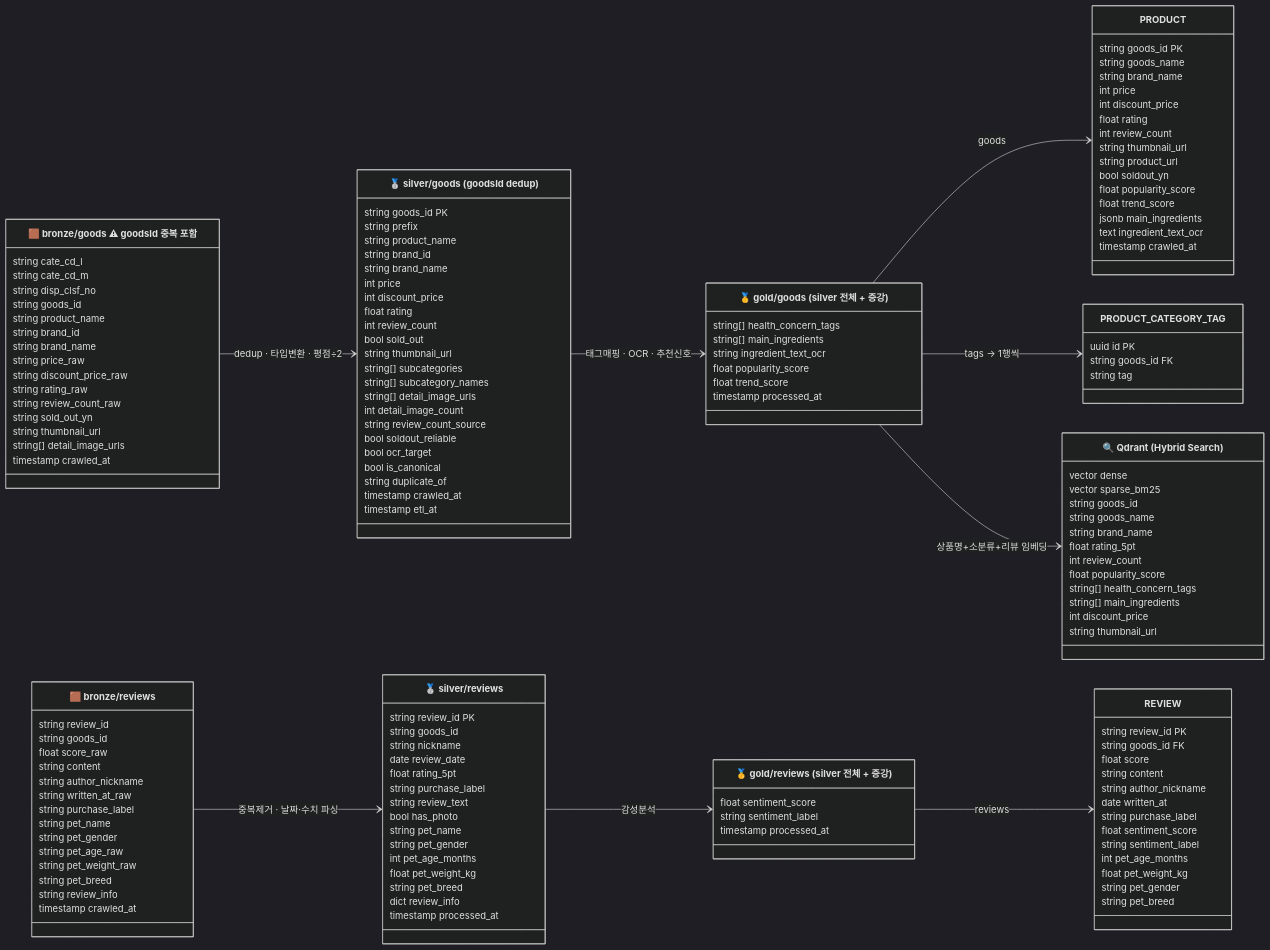
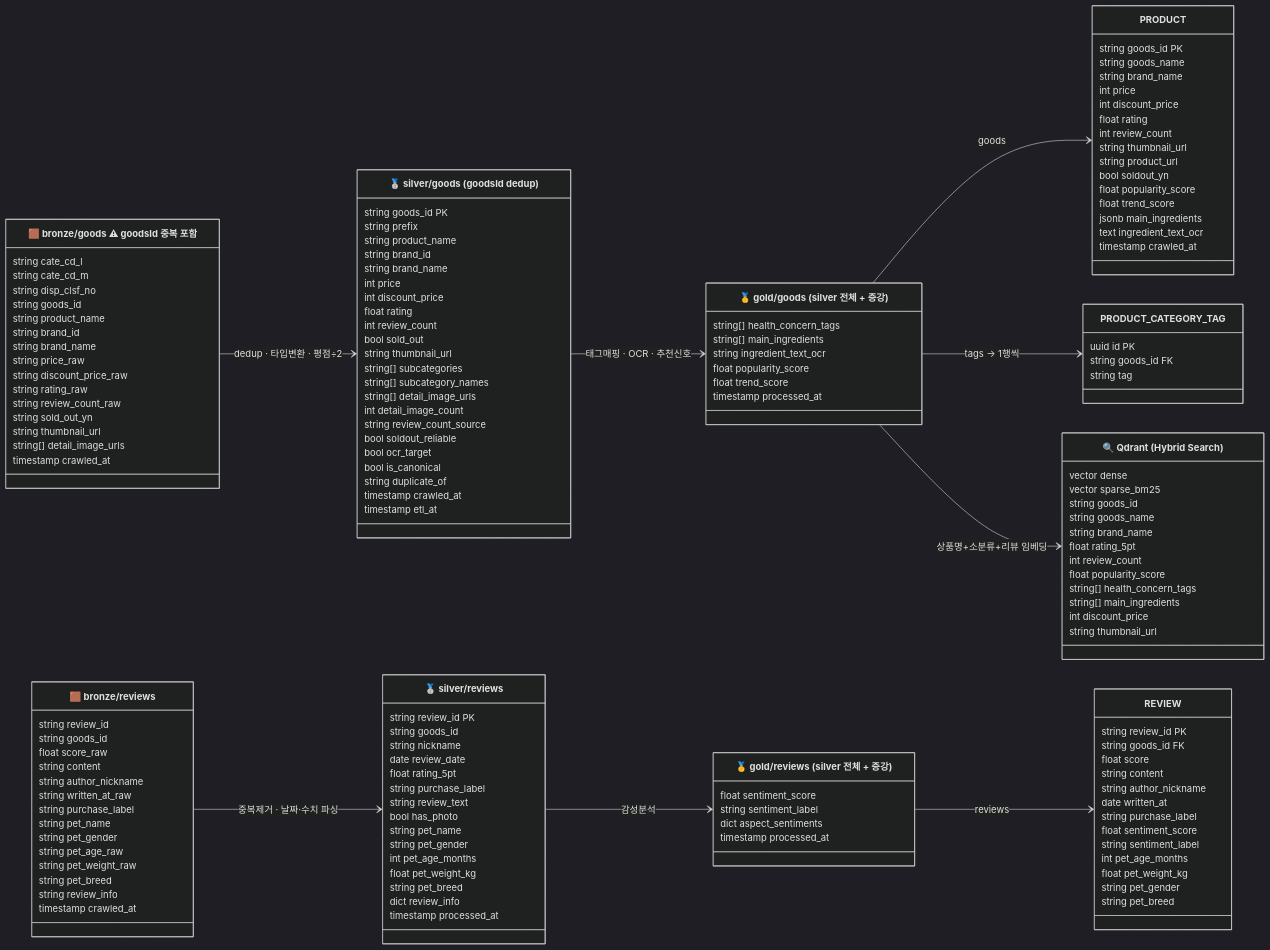
One commit to skn-ai22-251029/SKN22-Final-2Team-WEB changed the diagram in docs/data/03_medallion_schema.md. Above: the diagram before and after it, drawn with Mermaid (dark theme). The commit also changed other lines of this file and 4 other files, not shown here.

```diff
--- a/docs/data/03_medallion_schema.md
+++ b/docs/data/03_medallion_schema.md
@@ -101,6 +101,7 @@
     class GoldReviews["🥇 gold/reviews  (silver 전체 + 증강)"] {
         float   sentiment_score
         string  sentiment_label
+        dict    aspect_sentiments
         timestamp processed_at
     }
 
```
